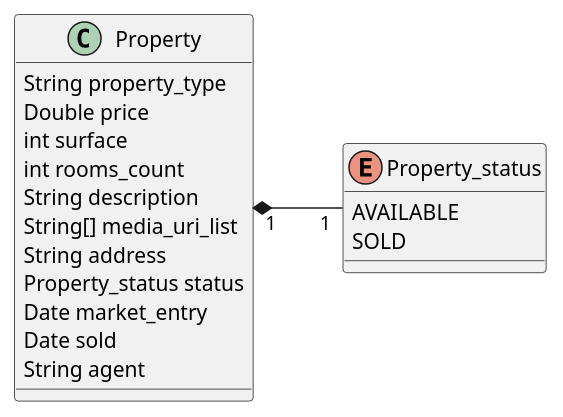
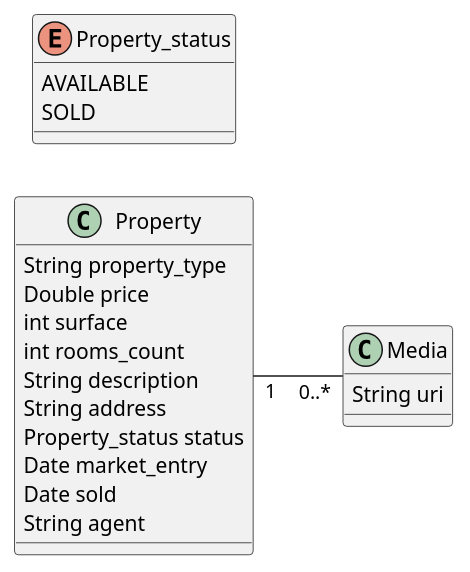
The diagram in diagrams/class_diagram.puml (Gumpah/RealEstateManager), drawn with PlantUML before and after one commit. The commit also changed 23 other files, not shown here.

```diff
--- a/diagrams/class_diagram.puml
+++ b/diagrams/class_diagram.puml
@@ -1,27 +1,30 @@
 @startuml
 'https://plantuml.com/class-diagram
 
 left to right direction
 
 class Property {
 String property_type
 Double price
 int surface
 int rooms_count
 String description
-String[] media_uri_list
 String address
 Property_status status
 Date market_entry
 Date sold
 String agent
 }
 
 enum Property_status {
 AVAILABLE
 SOLD
 }
 
-Property "1" *-- "1" Property_status
+class Media {
+String uri
+}
+
+Property "1" -- "0..*" Media
 
 @enduml
```
